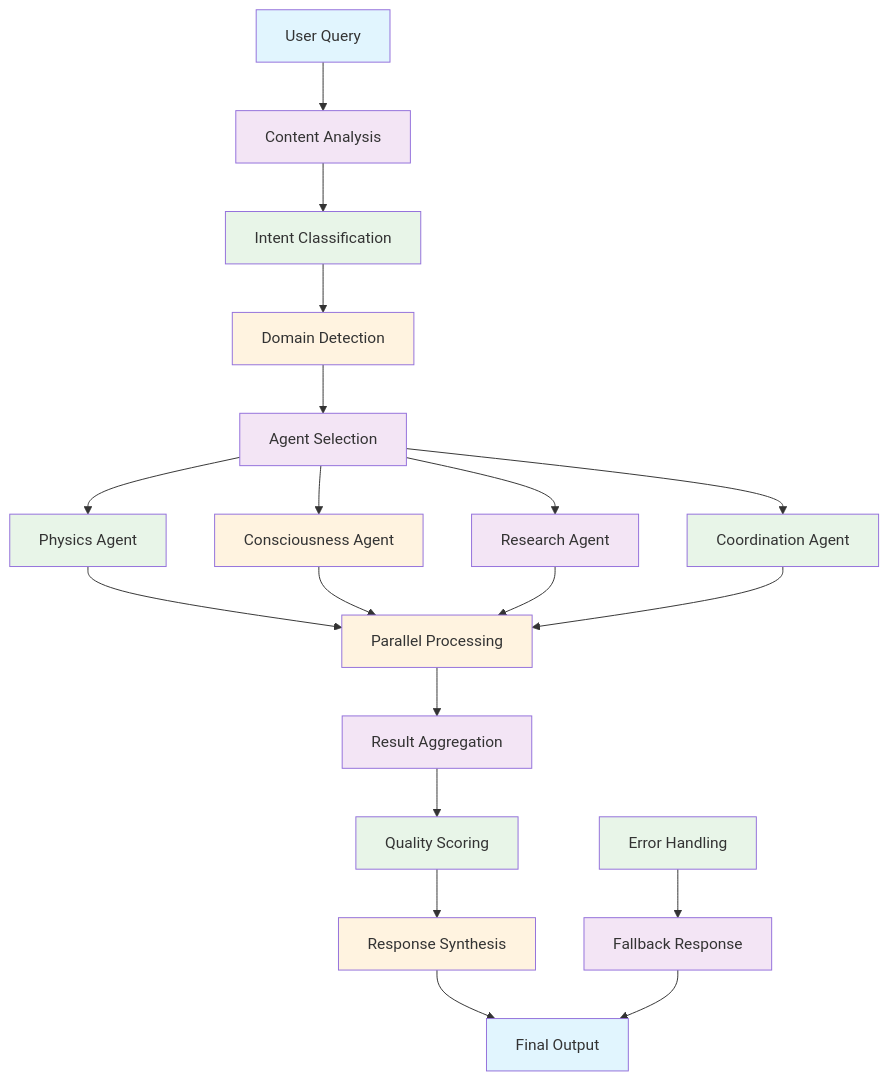
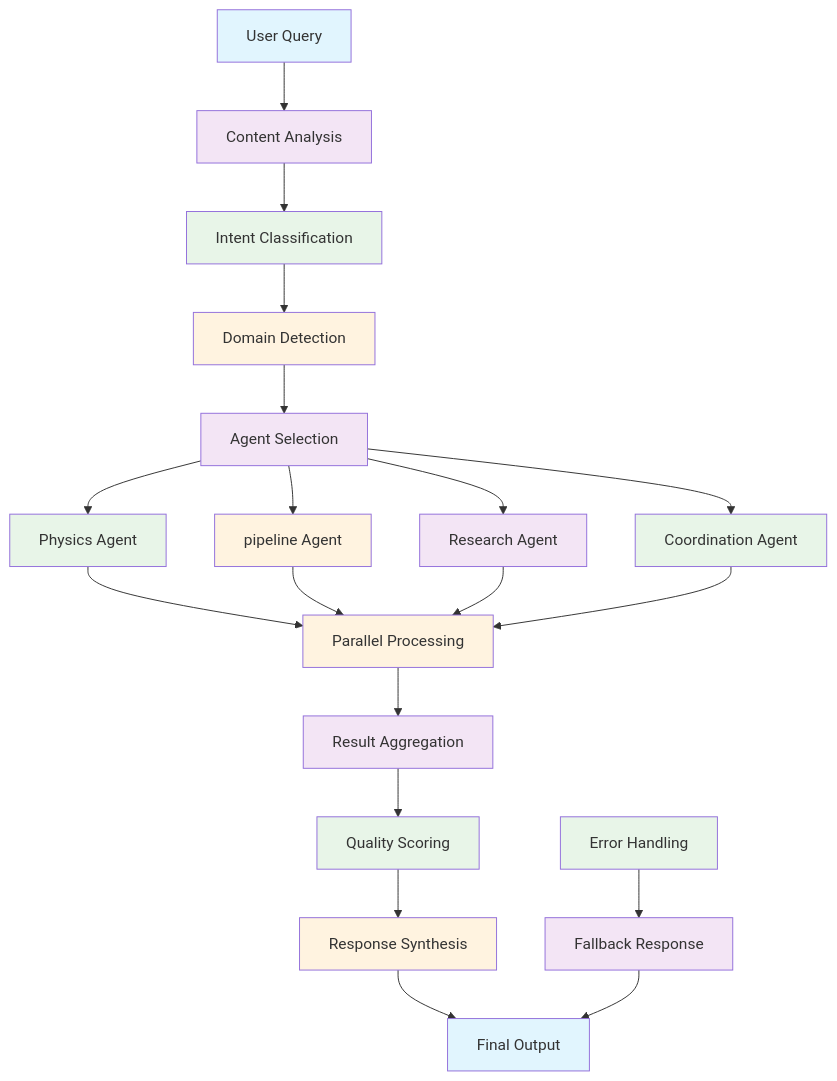
Before and after one commit to Organica-Ai-Solutions/NIS_Protocol: the sixth of 12 diagrams in docs/organized/system/dataflow_diagram.mmd, drawn with Mermaid. The commit also changed other lines of this file and 213 other files, not shown here.

````diff
--- a/docs/organized/system/dataflow_diagram.mmd
+++ b/docs/organized/system/dataflow_diagram.mmd
@@ -158,42 +158,42 @@
 ```mermaid
 graph TB
     A[User Query] --> B[Content Analysis]
     B --> C[Intent Classification]
     C --> D[Domain Detection]
     D --> E[Agent Selection]
 
     E --> F[Physics Agent]
-    E --> G[Consciousness Agent]
+    E --> G[pipeline Agent]
     E --> H[Research Agent]
     E --> I[Coordination Agent]
 
     F --> J[Parallel Processing]
     G --> J
     H --> J
     I --> J
 
     J --> K[Result Aggregation]
     K --> L[Quality Scoring]
     L --> M[Response Synthesis]
     M --> N[Final Output]
 
     O[Error Handling] --> P[Fallback Response]
     P --> N
 
     style A fill:#e1f5fe
     style B fill:#f3e5f5
     style C fill:#e8f5e8
     style D fill:#fff3e0
     style E fill:#f3e5f5
     style F fill:#e8f5e8
     style G fill:#fff3e0
     style H fill:#f3e5f5
     style I fill:#e8f5e8
     style J fill:#fff3e0
     style K fill:#f3e5f5
     style L fill:#e8f5e8
     style M fill:#fff3e0
     style N fill:#e1f5fe
     style O fill:#e8f5e8
     style P fill:#f3e5f5
 ```
````
